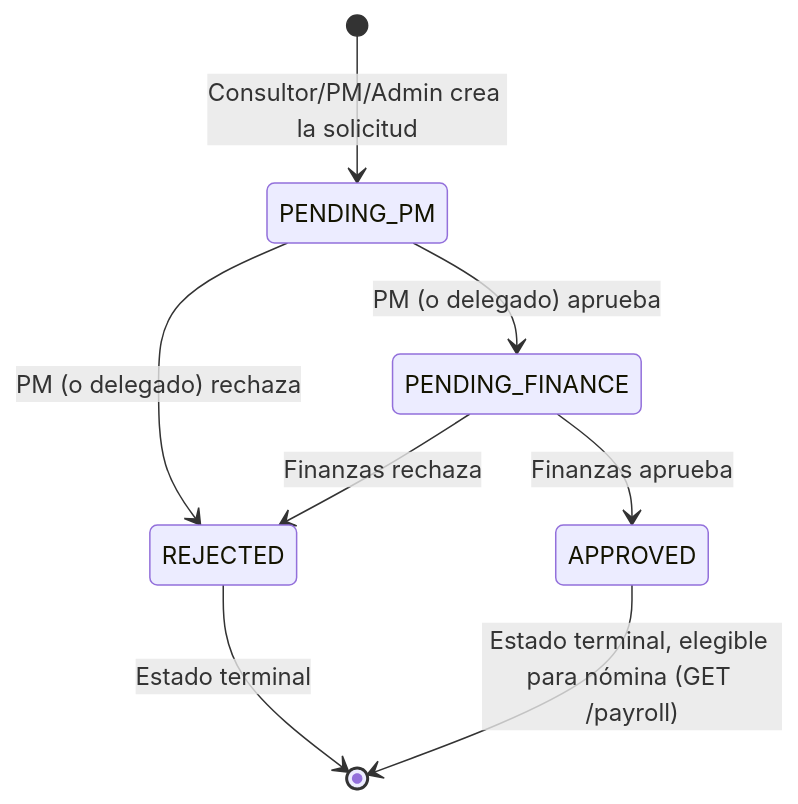
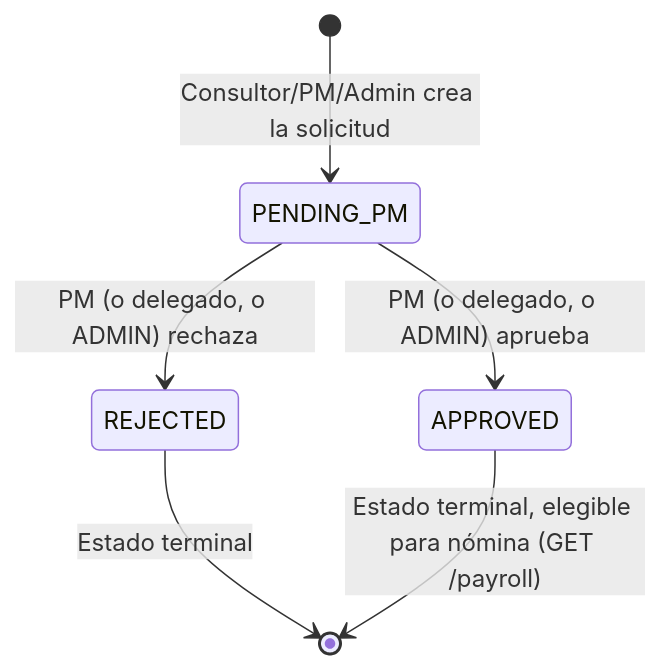
One commit to synaptica-sas/Synatrack changed the seventh of 7 diagrams in documentacion/DOCUMENTACION_TECNICA.md. Above: the diagram before and after it, drawn with Mermaid. The commit also changed other lines of this file and 22 other files, not shown here.

````diff
--- a/documentacion/DOCUMENTACION_TECNICA.md
+++ b/documentacion/DOCUMENTACION_TECNICA.md
@@ -716,10 +716,8 @@
 ```mermaid
 stateDiagram-v2
     [*] --> PENDING_PM: Consultor/PM/Admin crea la solicitud
-    PENDING_PM --> PENDING_FINANCE: PM (o delegado) aprueba
-    PENDING_PM --> REJECTED: PM (o delegado) rechaza
-    PENDING_FINANCE --> APPROVED: Finanzas aprueba
-    PENDING_FINANCE --> REJECTED: Finanzas rechaza
+    PENDING_PM --> APPROVED: PM (o delegado, o ADMIN) aprueba
+    PENDING_PM --> REJECTED: PM (o delegado, o ADMIN) rechaza
     REJECTED --> [*]: Estado terminal
     APPROVED --> [*]: Estado terminal, elegible para nómina (GET /payroll)
 ```
````
